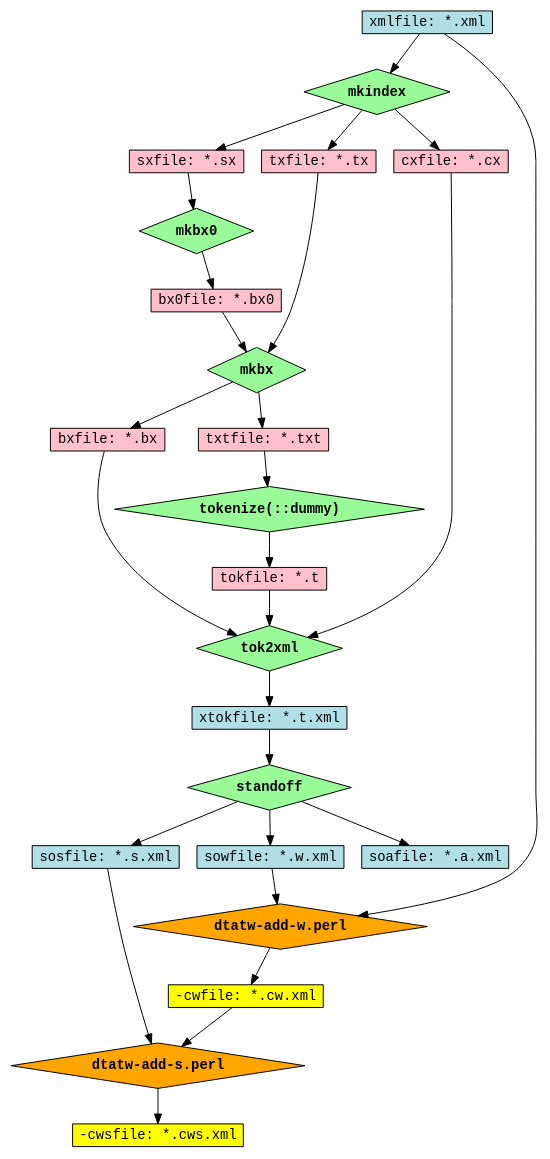
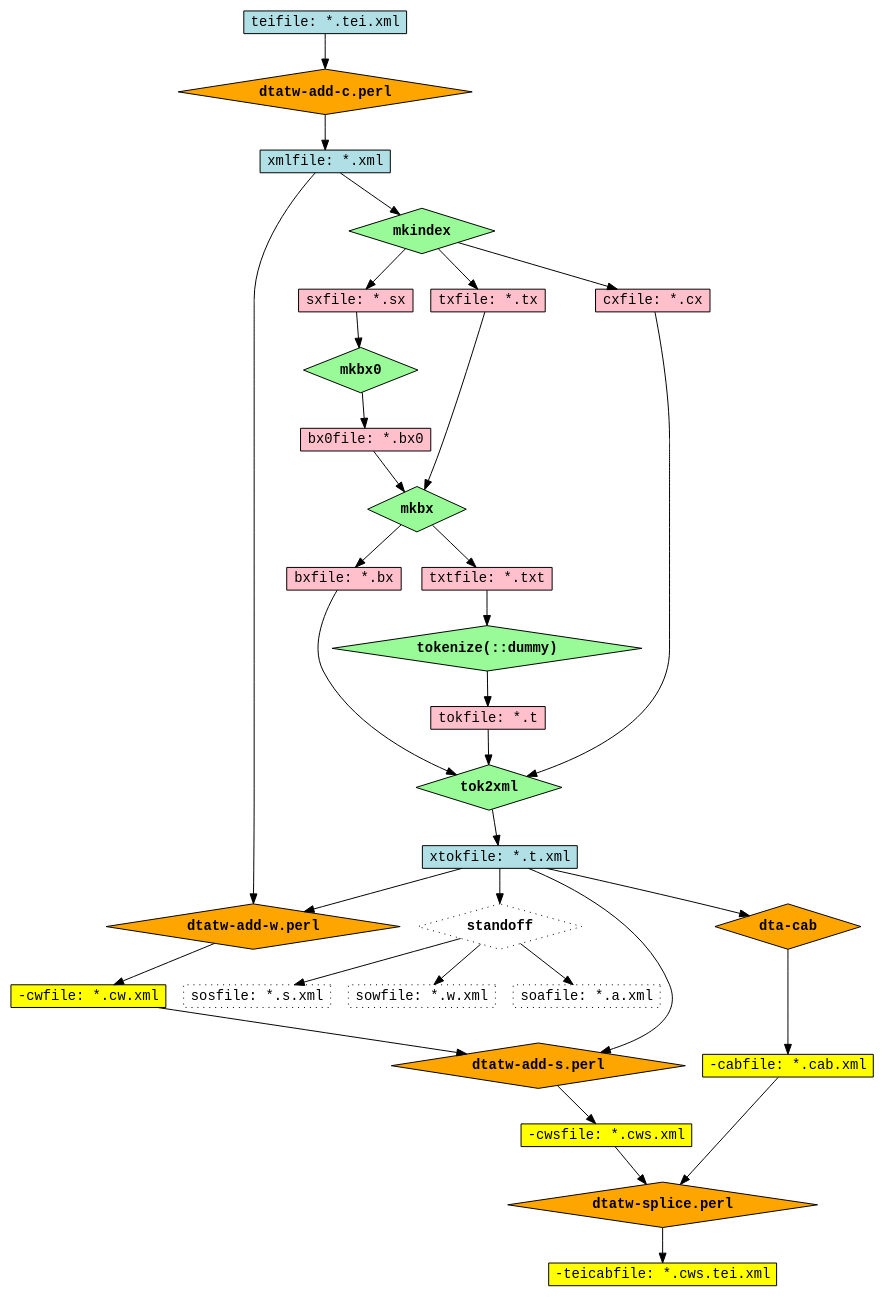
Before and after one commit to moocow-the-bovine/dta-tokwrap: the diagram in doc/dot/dataflow-perl-files.dot, drawn with Graphviz. The commit also changed 1 other file, not shown here.

Commit message:
+ updated dataflow-perl-files.dot: added dtatw-add-c.perl, dtatw-splice.perl, and CAB example

```diff
--- a/doc/dot/dataflow-perl-files.dot
+++ b/doc/dot/dataflow-perl-files.dot
@@ -1,86 +1,94 @@
 /* -*- Mode: C -*- */
 digraph dataflow_perl_files {
   node [shape=rectangle,style=filled,fillcolor=pink,height=0.25,fontname="Courier"];
   edge [decorate=0,fontname="Courier"];
 
+  teifile [label="teifile: *.tei.xml",fillcolor=PowderBlue];
+  add_c  [label="dtatw-add-c.perl",shape=diamond,fillcolor=orange,fontname="Courier-Bold"];
+  teifile -> add_c;
+
   xmlfile [label="xmlfile: *.xml",fillcolor=PowderBlue];
+  add_c -> xmlfile;
 
   mkindex [label="mkindex",shape=diamond,fillcolor=PaleGreen,fontname="Courier-Bold"];
   xmlfile -> mkindex;
 
   sxfile [label="sxfile: *.sx"];
   txfile [label="txfile: *.tx"];
   cxfile [label="cxfile: *.cx"];
   mkindex -> cxfile;
   mkindex -> sxfile;
   mkindex -> txfile;
   {rank=same; cxfile sxfile txfile}
 
   mkbx0 [label="mkbx0",shape=diamond,fillcolor=PaleGreen,fontname="Courier-Bold"];
   sxfile -> mkbx0;
  
   bx0file [label="bx0file: *.bx0"];
   mkbx0 -> bx0file;
 
   mkbx [label="mkbx",shape=diamond,fillcolor=PaleGreen,fontname="Courier-Bold"];
   bx0file -> mkbx;
   txfile  -> mkbx;
 
   bxfile [label="bxfile: *.bx"];
   txtfile [label="txtfile: *.txt"];
   mkbx -> bxfile;
   mkbx -> txtfile;
   {rank=same; bxfile txtfile}
 
   tokenize [label="tokenize(::dummy)",shape=diamond,fillcolor=PaleGreen,fontname="Courier-Bold",justify="left"];
   txtfile -> tokenize;
 
   tokfile [label="tokfile: *.t"];
   tokenize -> tokfile;
   //{rank=same; tokdata tokfile;}
 
   xtokfile [label="xtokfile: *.t.xml",fillcolor=PowderBlue];
 
   //-- tok2xml via c prog
   tok2xml[label="tok2xml",shape=diamond,fillcolor=PaleGreen,fontname="Courier-Bold"];
   bxfile -> tok2xml;
   cxfile -> tok2xml;
   tokfile -> tok2xml;
   tok2xml -> xtokfile;
-  
-  //-- standoff via C progs
-  standoff [label="standoff",shape=diamond,fillcolor=PaleGreen,fontname="Courier-Bold"];
+
+  //-- standoff via C progs (basically obsolete)
+  standoff [label="standoff",shape=diamond,fillcolor=PaleGreen,style=dotted,fontname="Courier-Bold"];
   xtokfile -> standoff;
 
-  /*
-    sofiles [label="sosfile: *.s.xml\nsowfile: *.w.xml\nsoafile: *.a.xml"];
-    standoff -> sofiles;
-  */
-
-  sosfile [label="sosfile: *.s.xml",fillcolor=PowderBlue];
-  sowfile [label="sowfile: *.w.xml",fillcolor=PowderBlue];
-  soafile [label="soafile: *.a.xml",fillcolor=PowderBlue];
+  sosfile [label="sosfile: *.s.xml",fillcolor=PowderBlue,style=dotted];
+  sowfile [label="sowfile: *.w.xml",fillcolor=PowderBlue,style=dotted];
+  soafile [label="soafile: *.a.xml",fillcolor=PowderBlue,style=dotted];
   standoff -> sosfile;
   standoff -> sowfile;
   standoff -> soafile;
   { rank=same; sosfile sowfile soafile; }
 
-  //-- standoff: xsl stylesheets (now obsolete)
-  /*
-  standoff_xsl [label="t2s.xsl\nt2w.xsl\nt2a.xsl",fillcolor=orange];
-  standoff -> standoff_xsl;
-  */
-
-  //-- splicint: external scripts
+  //-- splice-in: w,s: external scripts
   add_w  [label="dtatw-add-w.perl",shape=diamond,fillcolor=orange,fontname="Courier-Bold"];
-  sowfile -> add_w;
+  xtokfile /*sowfile*/ -> add_w;
   xmlfile -> add_w;
   add_w  -> cwfile;
   cwfile [label="-cwfile: *.cw.xml",fillcolor=yellow];
 
   add_s  [label="dtatw-add-s.perl",shape=diamond,fillcolor=orange,fontname="Courier-Bold"];
-  sosfile-> add_s;
+  xtokfile /*sosfile*/ -> add_s;
   cwfile -> add_s;
   add_s  -> cwsfile;
   cwsfile [label="-cwsfile: *.cws.xml",fillcolor=yellow];
+
+  //-- splice-in: generic (e.g. cab)
+  cab [label="dta-cab",shape=diamond,fillcolor=orange,fontname="Courier-Bold"];
+  xtokfile -> cab;
+
+  cabfile [label="-cabfile: *.cab.xml",fillcolor=yellow];
+  cab -> cabfile;
+
+  twsplice [label="dtatw-splice.perl",shape=diamond,fillcolor=orange,fontname="Courier-Bold"];
+  cabfile -> twsplice;
+  cwsfile -> twsplice;
+
+  cwscabfile [label="-teicabfile: *.cws.tei.xml",fillcolor=yellow];
+  twsplice -> cwscabfile;
 }
```
